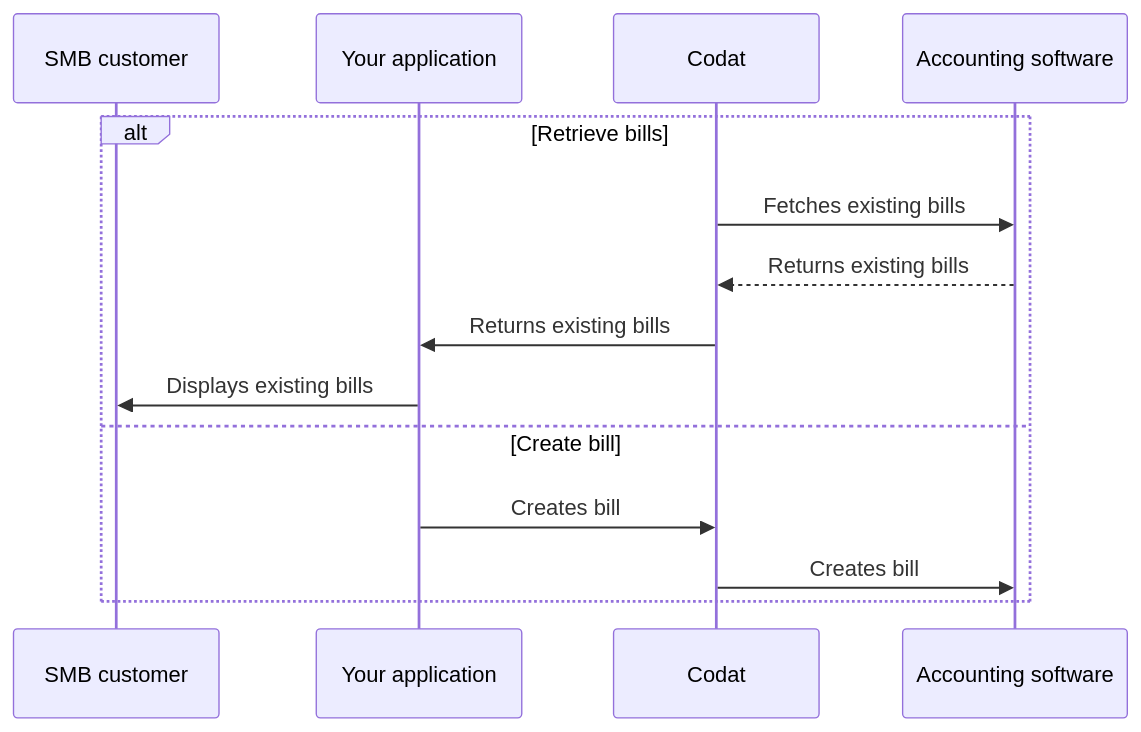
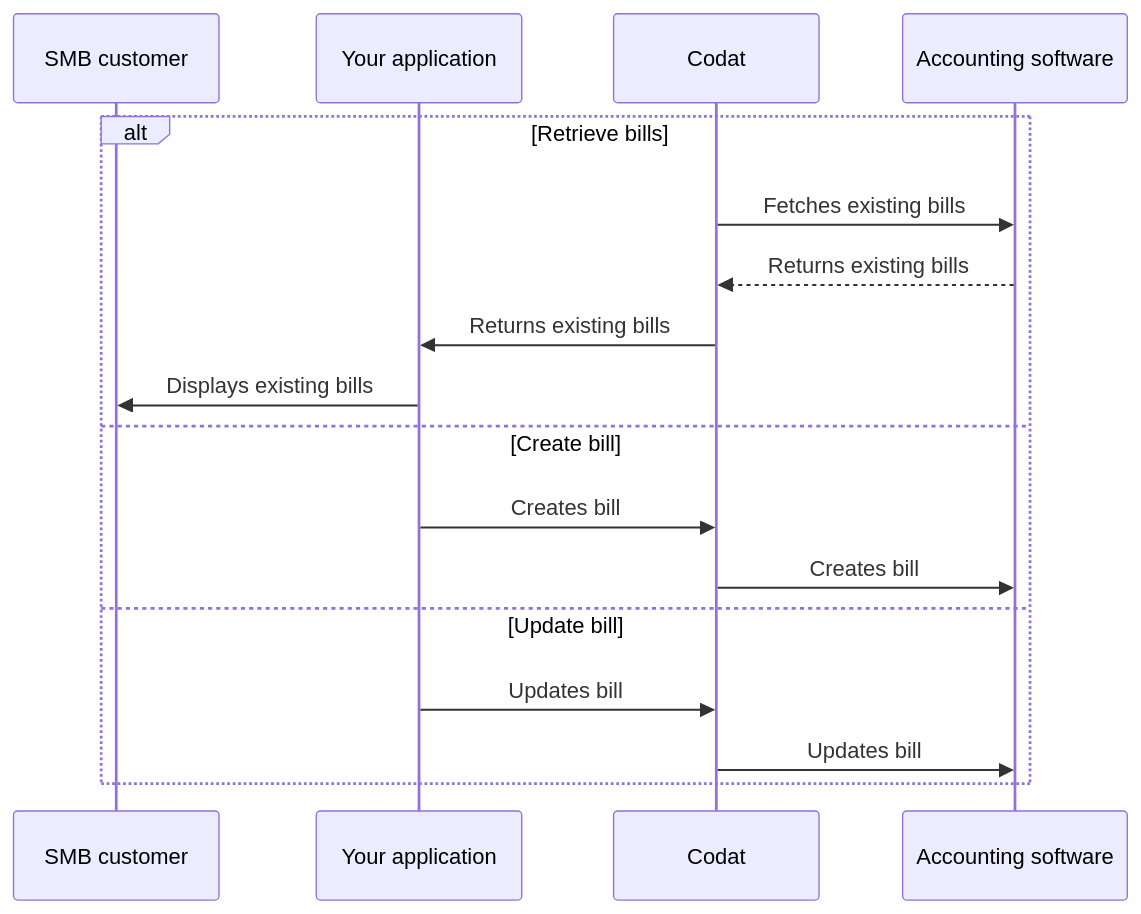
The diagram in docs/payables/sync/bills.md (codatio/codat-docs), drawn with Mermaid before and after one commit. The commit also changed other lines of this file and 7 other files, not shown here.

````diff
--- a/docs/payables/sync/bills.md
+++ b/docs/payables/sync/bills.md
@@ -30,18 +31,21 @@
 ```mermaid
 
   sequenceDiagram
       participant smb as SMB customer
       participant app as Your application
       participant codat as Codat
       participant acctg as Accounting software
 
       alt Retrieve bills
         codat ->> acctg: Fetches existing bills
         acctg -->> codat: Returns existing bills
         codat ->> app: Returns existing bills
         app ->> smb: Displays existing bills
       else Create bill
         app ->> codat: Creates bill
         codat ->> acctg: Creates bill
+      else Update bill
+        app ->> codat: Updates bill
+        codat ->> acctg: Updates bill
       end
 ```
````
